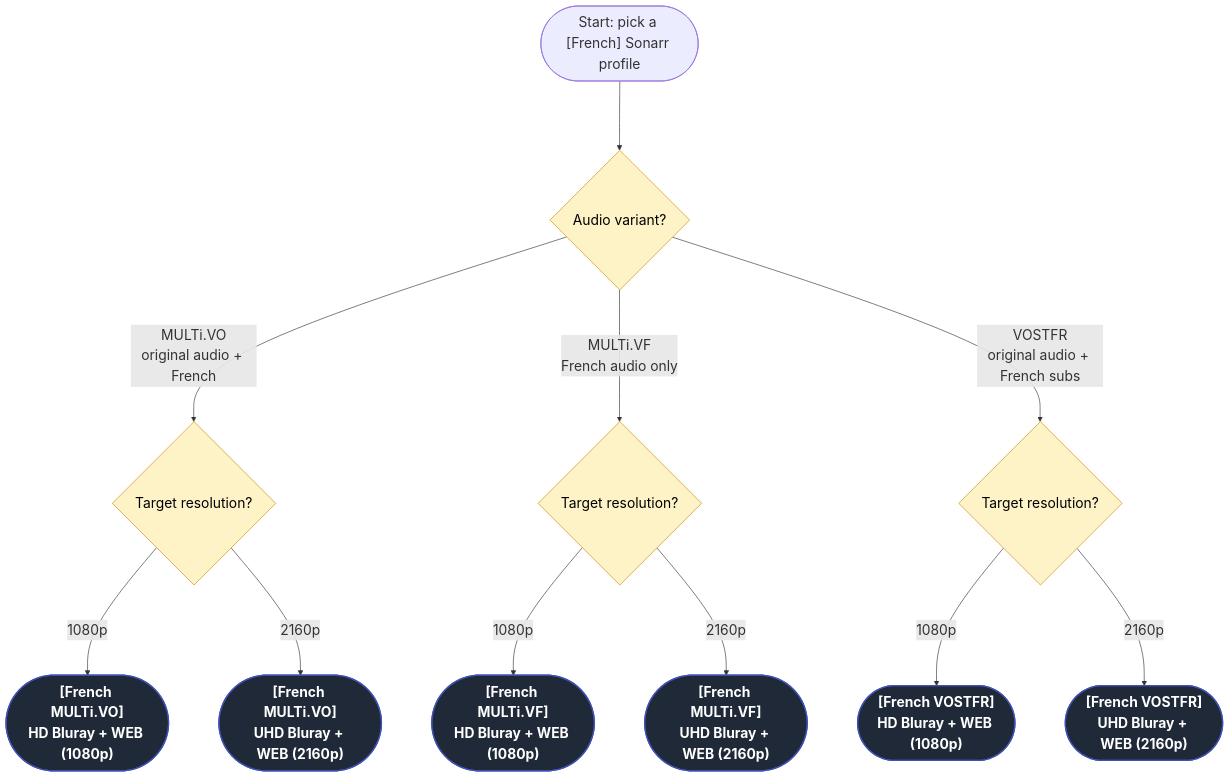
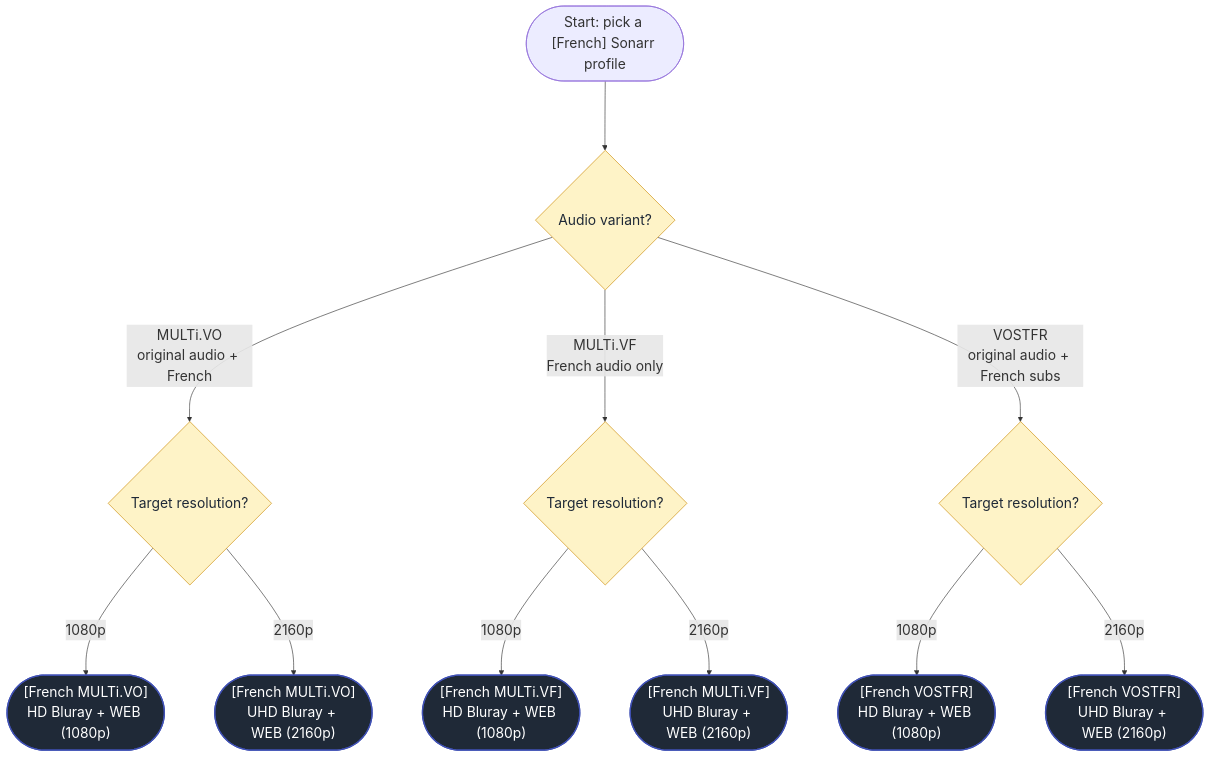
Before and after one commit to TRaSH-Guides/Guides: the diagram in includes/starr/_pick-a-profile-chart-sonarr-french.md, drawn with Mermaid. The commit also changed 12 other files, not shown here.

Commit message:
fix(starr): Fix flowchart text contrast and overflow, collapse inline charts

````diff
--- a/includes/starr/_pick-a-profile-chart-sonarr-french.md
+++ b/includes/starr/_pick-a-profile-chart-sonarr-french.md
@@ -2,23 +2,23 @@
 ```mermaid
 %%{init: {"flowchart": {"useMaxWidth": false, "htmlLabels": true, "curve": "basis", "nodeSpacing": 80, "rankSpacing": 110, "padding": 20}, "themeVariables": {"fontSize": "22px"}}}%%
 flowchart TD
-    START(["Start: pick a [French] Sonarr profile"]) --> VAR{Audio variant?}
+    START(["Start: pick a [French] Sonarr profile"]) --> VAR{"<span style='color:#1f2937'>Audio variant?</span>"}
 
-    VAR -->|MULTi.VO<br/>original audio + French| VO_RES{Target resolution?}
-    VAR -->|MULTi.VF<br/>French audio only| VF_RES{Target resolution?}
-    VAR -->|VOSTFR<br/>original audio + French subs| VOS_RES{Target resolution?}
+    VAR -->|MULTi.VO<br/>original audio + French| VO_RES{"<span style='color:#1f2937'>Target resolution?</span>"}
+    VAR -->|MULTi.VF<br/>French audio only| VF_RES{"<span style='color:#1f2937'>Target resolution?</span>"}
+    VAR -->|VOSTFR<br/>original audio + French subs| VOS_RES{"<span style='color:#1f2937'>Target resolution?</span>"}
 
-    VO_RES -->|1080p| P_VO_1080(["[French MULTi.VO]<br/>HD Bluray + WEB (1080p)"])
-    VO_RES -->|2160p| P_VO_2160(["[French MULTi.VO]<br/>UHD Bluray + WEB (2160p)"])
+    VO_RES -->|1080p| P_VO_1080(["<span style='color:#fff'>[French MULTi.VO]<br/>HD Bluray + WEB (1080p)</span>"])
+    VO_RES -->|2160p| P_VO_2160(["<span style='color:#fff'>[French MULTi.VO]<br/>UHD Bluray + WEB (2160p)</span>"])
 
-    VF_RES -->|1080p| P_VF_1080(["[French MULTi.VF]<br/>HD Bluray + WEB (1080p)"])
-    VF_RES -->|2160p| P_VF_2160(["[French MULTi.VF]<br/>UHD Bluray + WEB (2160p)"])
+    VF_RES -->|1080p| P_VF_1080(["<span style='color:#fff'>[French MULTi.VF]<br/>HD Bluray + WEB (1080p)</span>"])
+    VF_RES -->|2160p| P_VF_2160(["<span style='color:#fff'>[French MULTi.VF]<br/>UHD Bluray + WEB (2160p)</span>"])
 
-    VOS_RES -->|1080p| P_VOS_1080(["[French VOSTFR]<br/>HD Bluray + WEB (1080p)"])
-    VOS_RES -->|2160p| P_VOS_2160(["[French VOSTFR]<br/>UHD Bluray + WEB (2160p)"])
+    VOS_RES -->|1080p| P_VOS_1080(["<span style='color:#fff'>[French VOSTFR]<br/>HD Bluray + WEB (1080p)</span>"])
+    VOS_RES -->|2160p| P_VOS_2160(["<span style='color:#fff'>[French VOSTFR]<br/>UHD Bluray + WEB (2160p)</span>"])
 
-    classDef leaf fill:#1f2937,stroke:#4051B5,stroke-width:2px,color:#fff,font-weight:bold;
-    classDef decision fill:#fef3c7,stroke:#ca8a04,color:#000;
+    classDef leaf fill:#1f2937,stroke:#4051B5,stroke-width:2px,color:#fff;
+    classDef decision fill:#fef3c7,stroke:#ca8a04,color:#1f2937;
     class P_VO_1080,P_VO_2160,P_VF_1080,P_VF_2160,P_VOS_1080,P_VOS_2160 leaf;
     class VAR,VO_RES,VF_RES,VOS_RES decision;
 ```
````
